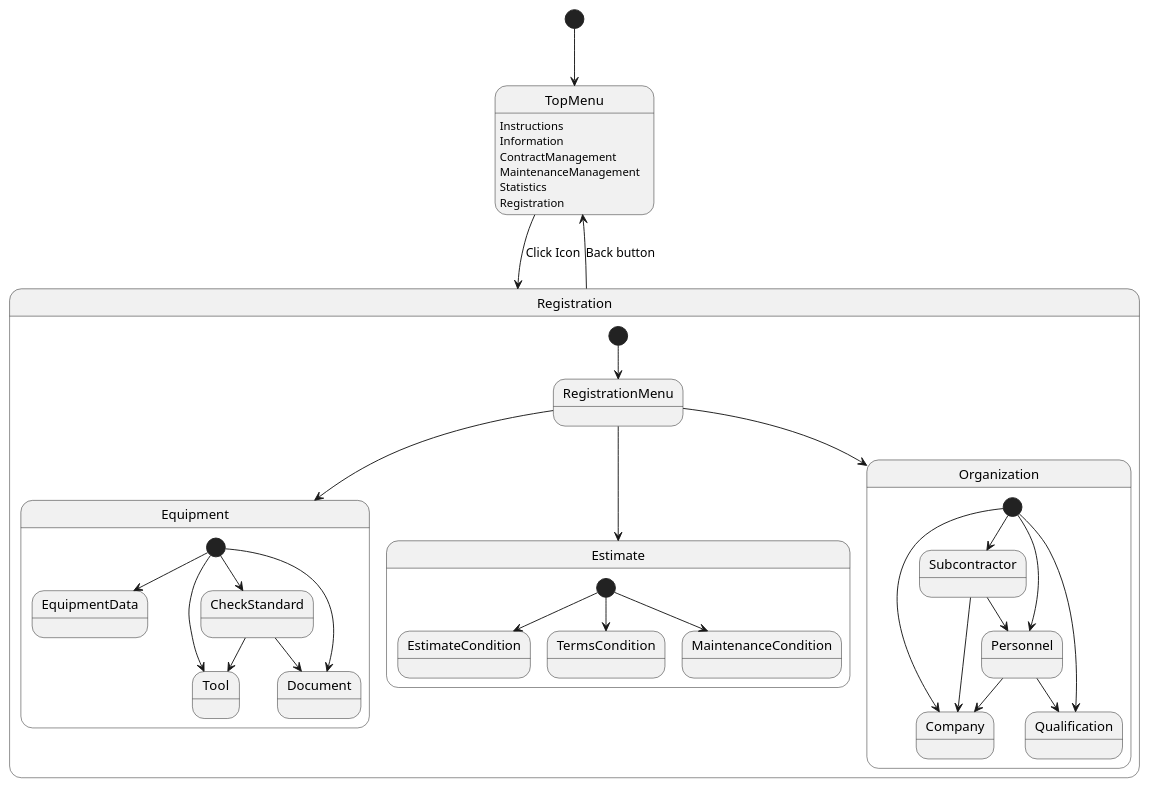
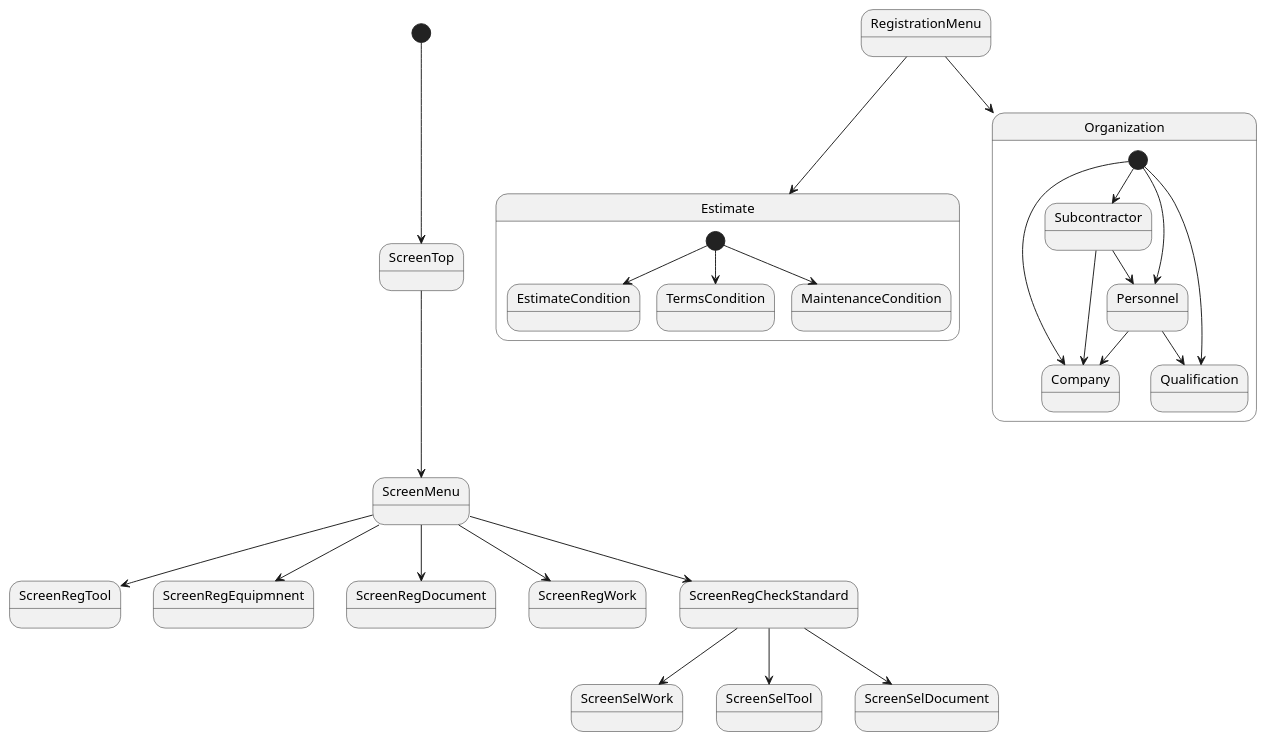
One commit to himiz6912/mms changed the diagram in sd_registration.pu. Above: the diagram before and after it, drawn with PlantUML.

```diff
--- a/sd_registration.pu
+++ b/sd_registration.pu
@@ -1,43 +1,32 @@
 @startuml
 
-[*] --> TopMenu
-TopMenu: Instructions
-TopMenu: Information
-TopMenu: ContractManagement
-TopMenu: MaintenanceManagement
-TopMenu: Statistics
-TopMenu: Registration
+[*] --> ScreenTop
+ScreenTop --> ScreenMenu
+ScreenMenu --> ScreenRegTool
+ScreenMenu --> ScreenRegEquipmnent
+ScreenMenu --> ScreenRegDocument
+ScreenMenu --> ScreenRegWork
+ScreenMenu --> ScreenRegCheckStandard
+ScreenRegCheckStandard --> ScreenSelWork
+ScreenRegCheckStandard --> ScreenSelTool
+ScreenRegCheckStandard --> ScreenSelDocument
 
-TopMenu --> Registration: Click Icon
-state Registration {
-    [*] --> RegistrationMenu
-    RegistrationMenu --> Equipment
-    state Equipment {
-        [*] --> EquipmentData
-        [*] --> CheckStandard
-        [*] --> Tool
-        [*] --> Document
-        CheckStandard --> Tool
-        CheckStandard --> Document
-    }
-    RegistrationMenu --> Estimate
-    state Estimate {
-        [*] --> EstimateCondition
-        [*] --> TermsCondition
-        [*] --> MaintenanceCondition
-    }
-    RegistrationMenu --> Organization
-    state Organization {
-        [*] --> Personnel
-        [*] --> Subcontractor
-        [*] --> Company
-        [*] --> Qualification
-        Personnel --> Company
-        Personnel --> Qualification
-        Subcontractor --> Company
-        Subcontractor --> Personnel
-    }
+RegistrationMenu --> Estimate
+state Estimate {
+    [*] --> EstimateCondition
+    [*] --> TermsCondition
+    [*] --> MaintenanceCondition
 }
-Registration --> TopMenu: Back button
+RegistrationMenu --> Organization
+state Organization {
+    [*] --> Personnel
+    [*] --> Subcontractor
+    [*] --> Company
+    [*] --> Qualification
+    Personnel --> Company
+    Personnel --> Qualification
+    Subcontractor --> Company
+    Subcontractor --> Personnel
+}
 ' EquipmentData: EquipmentBase, CheckStandard, 
 @enduml
```
